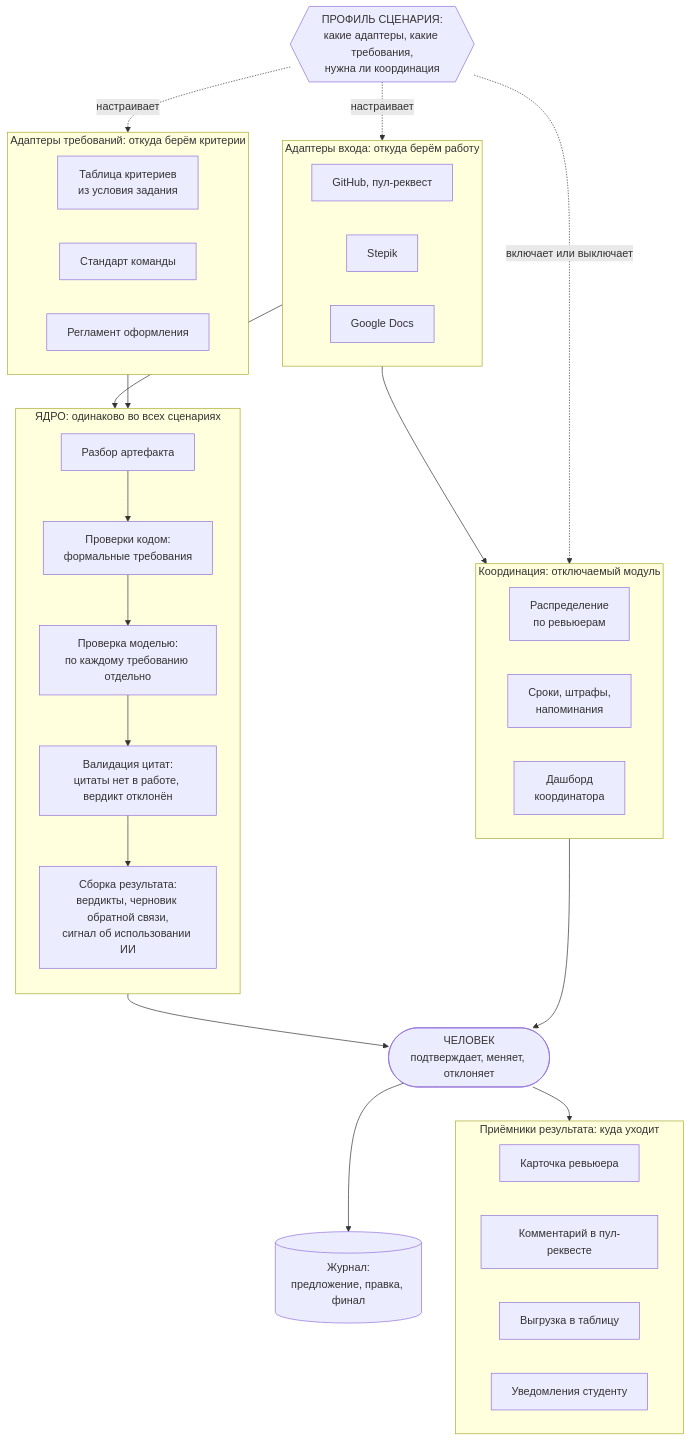
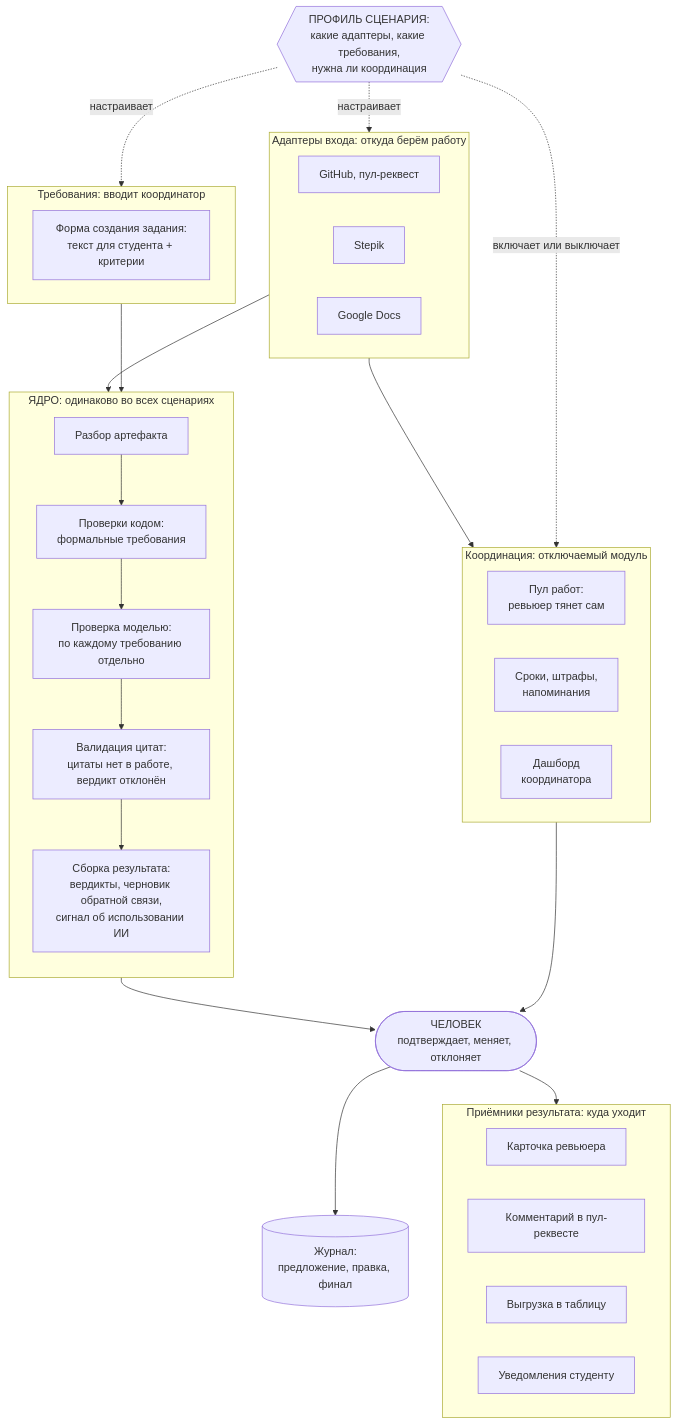
Before and after one commit to matvej-melikhov/avito-aith-hackaton: the diagram in docs/03-platform.md, drawn with Mermaid. The commit also changed other lines of this file and 9 other files, not shown here.

First line of the commit message:
docs: pull-распределение и создание задания без автоизвлечения

````diff
--- a/docs/03-platform.md
+++ b/docs/03-platform.md
@@ -23,58 +23,56 @@
 ```mermaid
 flowchart TB
     subgraph IN["Адаптеры входа: откуда берём работу"]
         direction LR
         A1["GitHub, пул-реквест"]
         A2["Stepik"]
         A3["Google Docs"]
     end
 
-    subgraph REQ["Адаптеры требований: откуда берём критерии"]
+    subgraph REQ["Требования: вводит координатор"]
         direction LR
-        R1["Таблица критериев<br/>из условия задания"]
-        R2["Стандарт команды"]
-        R3["Регламент оформления"]
+        R1["Форма создания задания:<br/>текст для студента + критерии"]
     end
 
     subgraph CORE["ЯДРО: одинаково во всех сценариях"]
         direction TB
         C1["Разбор артефакта"]
         C2["Проверки кодом:<br/>формальные требования"]
         C3["Проверка моделью:<br/>по каждому требованию отдельно"]
         C4["Валидация цитат:<br/>цитаты нет в работе, вердикт отклонён"]
         C5["Сборка результата:<br/>вердикты, черновик обратной связи,<br/>сигнал об использовании ИИ"]
         C1 --> C2 --> C3 --> C4 --> C5
     end
 
     H(["ЧЕЛОВЕК<br/>подтверждает, меняет, отклоняет"])
     J[("Журнал:<br/>предложение, правка, финал")]
 
     subgraph OUT["Приёмники результата: куда уходит"]
         direction LR
         O1["Карточка ревьюера"]
         O2["Комментарий в пул-реквесте"]
         O3["Выгрузка в таблицу"]
         O4["Уведомления студенту"]
     end
 
     subgraph COORD["Координация: отключаемый модуль"]
         direction LR
-        K1["Распределение<br/>по ревьюерам"]
+        K1["Пул работ:<br/>ревьюер тянет сам"]
         K2["Сроки, штрафы,<br/>напоминания"]
         K3["Дашборд<br/>координатора"]
     end
 
     P{{"ПРОФИЛЬ СЦЕНАРИЯ:<br/>какие адаптеры, какие требования,<br/>нужна ли координация"}}
 
     IN --> CORE
     REQ --> CORE
     CORE --> H
     H --> J
     H --> OUT
     IN --> COORD
     COORD --> H
 
     P -. настраивает .-> IN
     P -. настраивает .-> REQ
     P -. включает или выключает .-> COORD
 ```
````
